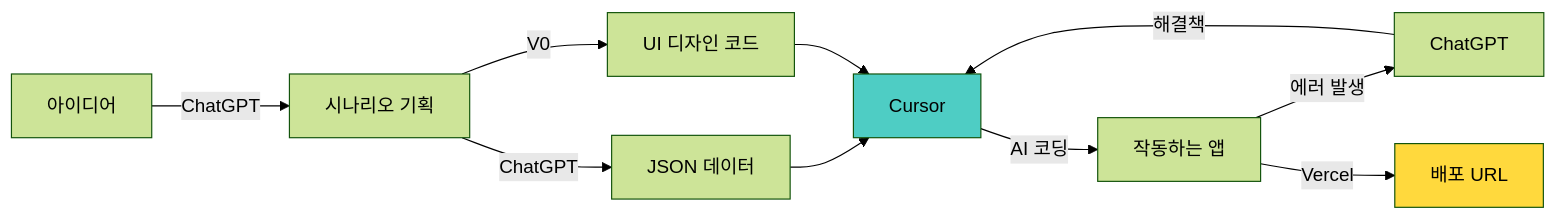
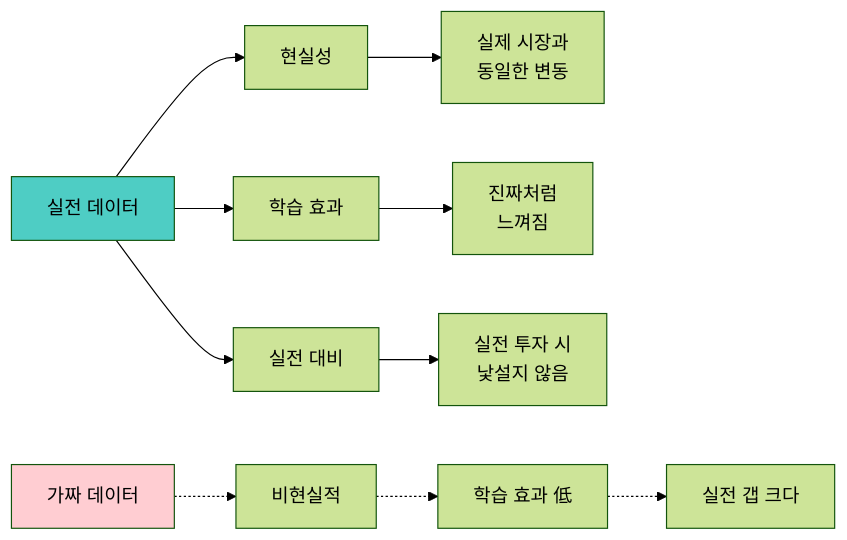
Before and after one commit to Collegenie-X/AI-Vive-Coding: the fourth of 14 diagrams in Docs/주제/5단계-AI가상환경_실전체험_교육가이드.md, drawn with Mermaid (forest theme). The commit also changed other lines of this file and 3 other files, not shown here.

````diff
--- a/Docs/주제/5단계-AI가상환경_실전체험_교육가이드.md
+++ b/Docs/주제/5단계-AI가상환경_실전체험_교육가이드.md
@@ -138,18 +172,17 @@
 ```mermaid
 graph LR
-    A[아이디어] -->|ChatGPT| B[시나리오 기획]
-    B -->|ChatGPT| C[JSON 데이터]
-    B -->|V0| D[UI 디자인 코드]
+    A[실전 데이터] --> B[현실성]
+    A --> C[학습 효과]
+    A --> D[실전 대비]
     
-    C --> E[Cursor]
-    D --> E
+    B --> B1[실제 시장과<br/>동일한 변동]
+    C --> C1[진짜처럼<br/>느껴짐]
+    D --> D1[실전 투자 시<br/>낯설지 않음]
     
-    E -->|AI 코딩| F[작동하는 앱]
-    F -->|에러 발생| G[ChatGPT]
-    G -->|해결책| E
+    E[가짜 데이터] -.-> F[비현실적]
+    F -.-> G[학습 효과 低]
+    G -.-> H[실전 갭 크다]
     
-    F -->|Vercel| H[배포 URL]
-    
-    style E fill:#4ECDC4
-    style H fill:#FFD93D
+    style A fill:#4ECDC4
+    style E fill:#ffcdd2
 ```
````
